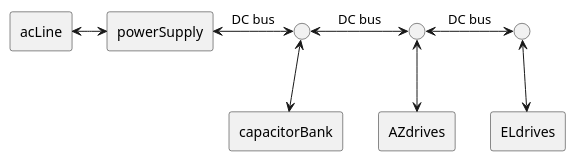
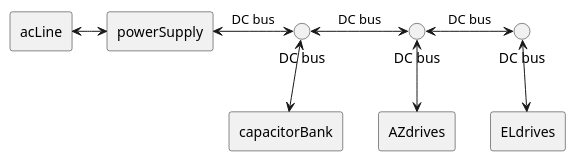
The diagram in README.md (lsst-ts/ts_tma_tma-documentation_training), drawn with PlantUML before and after one commit.

Commit message:
update: README.md

````diff
--- a/README.md
+++ b/README.md
@@ -72,20 +72,20 @@
   ```plantuml
   @startuml
   agent acLine
   agent powerSupply
   agent capacitorBank
   agent AZdrives
   agent ELdrives
-  interface "<U+0000>" as 1
-  interface "<U+0000>" as 2
-  interface "<U+0000>" as 3
+  interface "DC bus" as 1
+  interface "DC bus" as 2
+  interface "DC bus" as 3
 
   acLine <-> powerSupply
   powerSupply <-> 1: DC bus
   1 <-d-> capacitorBank
   1 <-> 2: DC bus
   2 <-d-> AZdrives
   2 <-> 3: DC bus
   3 <-d-> ELdrives
   @enduml
   ```
````
